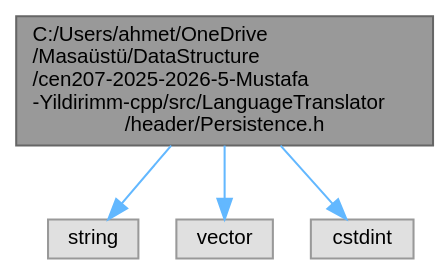
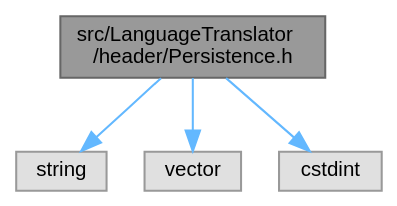
One commit to mustafayldrnn/cen207-2025-2026-5-Mustafa-Yildirimm-cpp changed the diagram in docs/doxygenlibwin/rtf/_persistence_8h__incl.dot. Above: the diagram before and after it, drawn with Graphviz. The commit also changed 861 other files, not shown here.

```diff
--- a/docs/doxygenlibwin/rtf/_persistence_8h__incl.dot
+++ b/docs/doxygenlibwin/rtf/_persistence_8h__incl.dot
@@ -1,15 +1,15 @@
-digraph "C:/Users/ahmet/OneDrive/Masaüstü/DataStructure/cen207-2025-2026-5-Mustafa-Yildirimm-cpp/src/LanguageTranslator/header/Persistence.h"
+digraph "src/LanguageTranslator/header/Persistence.h"
 {
  // INTERACTIVE_SVG=YES
  // LATEX_PDF_SIZE
   bgcolor="transparent";
   edge [fontname=Helvetica,fontsize=10,labelfontname=Helvetica,labelfontsize=10];
   node [fontname=Helvetica,fontsize=10,shape=box,height=0.2,width=0.4];
-  Node1 [id="Node000001",label="C:/Users/ahmet/OneDrive\l/Masaüstü/DataStructure\l/cen207-2025-2026-5-Mustafa\l-Yildirimm-cpp/src/LanguageTranslator\l/header/Persistence.h",height=0.2,width=0.4,color="gray40", fillcolor="grey60", style="filled", fontcolor="black",tooltip="LanguageTranslator verileri için ikili (binary) kalıcılık yardımcıları"];
+  Node1 [id="Node000001",label="src/LanguageTranslator\l/header/Persistence.h",height=0.2,width=0.4,color="gray40", fillcolor="grey60", style="filled", fontcolor="black",tooltip="LanguageTranslator verileri için ikili (binary) kalıcılık yardımcıları"];
   Node1 -> Node2 [id="edge7_Node000001_Node000002",color="steelblue1",style="solid",tooltip=" "];
   Node2 [id="Node000002",label="string",height=0.2,width=0.4,color="grey60", fillcolor="#E0E0E0", style="filled",tooltip=" "];
   Node1 -> Node3 [id="edge8_Node000001_Node000003",color="steelblue1",style="solid",tooltip=" "];
   Node3 [id="Node000003",label="vector",height=0.2,width=0.4,color="grey60", fillcolor="#E0E0E0", style="filled",tooltip=" "];
   Node1 -> Node4 [id="edge9_Node000001_Node000004",color="steelblue1",style="solid",tooltip=" "];
   Node4 [id="Node000004",label="cstdint",height=0.2,width=0.4,color="grey60", fillcolor="#E0E0E0", style="filled",tooltip=" "];
 }
```
